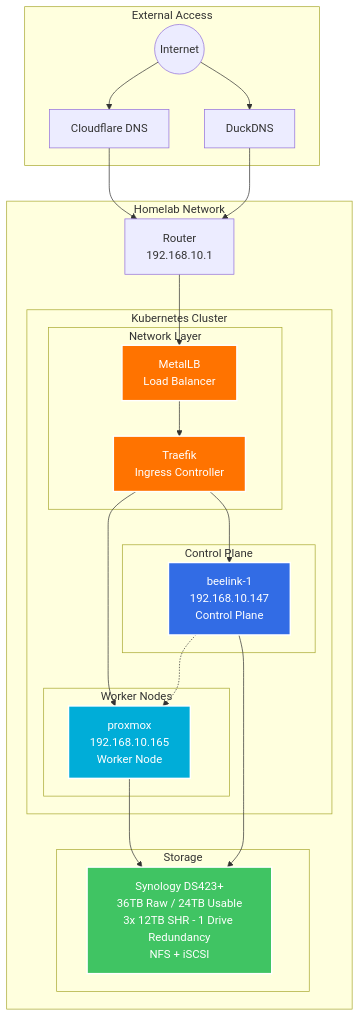
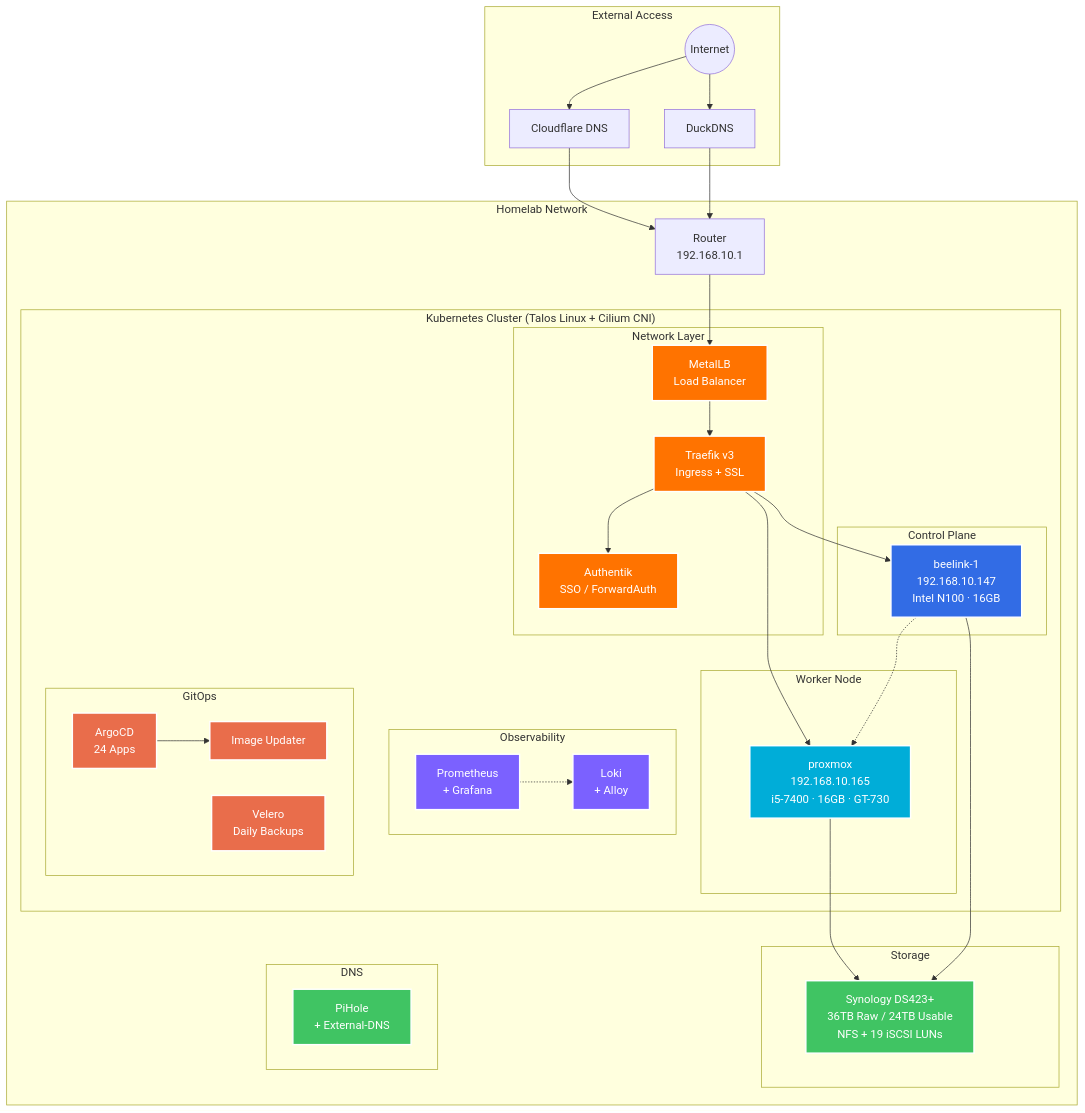
Before and after one commit to Gauransh-Homelab/Homelab: the diagram in README.md, drawn with Mermaid. The commit also changed other lines of this file and 1 other file, not shown here.

````diff
--- a/README.md
+++ b/README.md
@@ -30,53 +30,76 @@
 ```mermaid
 graph TB
     subgraph "External Access"
         Internet((Internet))
         CF[Cloudflare DNS]
         DD[DuckDNS]
     end
 
     subgraph "Homelab Network"
         Router[Router<br/>192.168.10.1]
 
-        subgraph "Kubernetes Cluster"
+        subgraph "Kubernetes Cluster (Talos Linux + Cilium CNI)"
             subgraph "Control Plane"
-                CP[beelink-1<br/>192.168.10.147<br/>Control Plane]
+                CP[beelink-1<br/>192.168.10.147<br/>Intel N100 · 16GB]
             end
 
-            subgraph "Worker Nodes"
-                W1[proxmox<br/>192.168.10.165<br/>Worker Node]
+            subgraph "Worker Node"
+                W1[proxmox<br/>192.168.10.165<br/>i5-7400 · 16GB · GT-730]
             end
 
             subgraph "Network Layer"
                 MLB[MetalLB<br/>Load Balancer]
-                TRF[Traefik<br/>Ingress Controller]
+                TRF[Traefik v3<br/>Ingress + SSL]
+                AUTH[Authentik<br/>SSO / ForwardAuth]
+            end
+
+            subgraph "Observability"
+                PROM[Prometheus<br/>+ Grafana]
+                LOKI[Loki<br/>+ Alloy]
+            end
+
+            subgraph "GitOps"
+                ARGO[ArgoCD<br/>24 Apps]
+                AIU[Image Updater]
+                VELERO[Velero<br/>Daily Backups]
             end
         end
 
         subgraph "Storage"
-            NAS[Synology DS423+<br/>36TB Raw / 24TB Usable<br/>3x 12TB SHR - 1 Drive Redundancy<br/>NFS + iSCSI]
+            NAS[Synology DS423+<br/>36TB Raw / 24TB Usable<br/>NFS + 19 iSCSI LUNs]
+        end
+
+        subgraph "DNS"
+            PIHOLE[PiHole<br/>+ External-DNS]
         end
     end
 
     Internet --> CF
     Internet --> DD
     CF --> Router
     DD --> Router
     Router --> MLB
     MLB --> TRF
+    TRF --> AUTH
     TRF --> CP
     TRF --> W1
     CP -.-> W1
     W1 --> NAS
     CP --> NAS
+    ARGO --> AIU
+    PROM -.-> LOKI
 
     classDef control fill:#326CE5,stroke:#fff,stroke-width:2px,color:#fff
     classDef worker fill:#00ADD8,stroke:#fff,stroke-width:2px,color:#fff
     classDef network fill:#FF7300,stroke:#fff,stroke-width:2px,color:#fff
     classDef storage fill:#40C463,stroke:#fff,stroke-width:2px,color:#fff
+    classDef gitops fill:#E96D4B,stroke:#fff,stroke-width:2px,color:#fff
+    classDef obs fill:#7B61FF,stroke:#fff,stroke-width:2px,color:#fff
 
     class CP control
     class W1 worker
-    class MLB,TRF network
-    class NAS storage
+    class MLB,TRF,AUTH network
+    class NAS,PIHOLE storage
+    class ARGO,AIU,VELERO gitops
+    class PROM,LOKI obs
 ```
````
